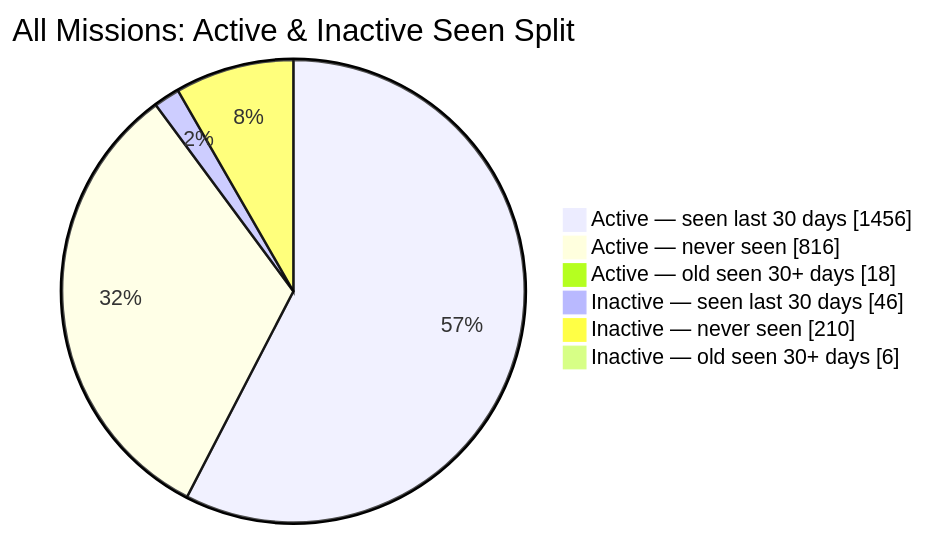
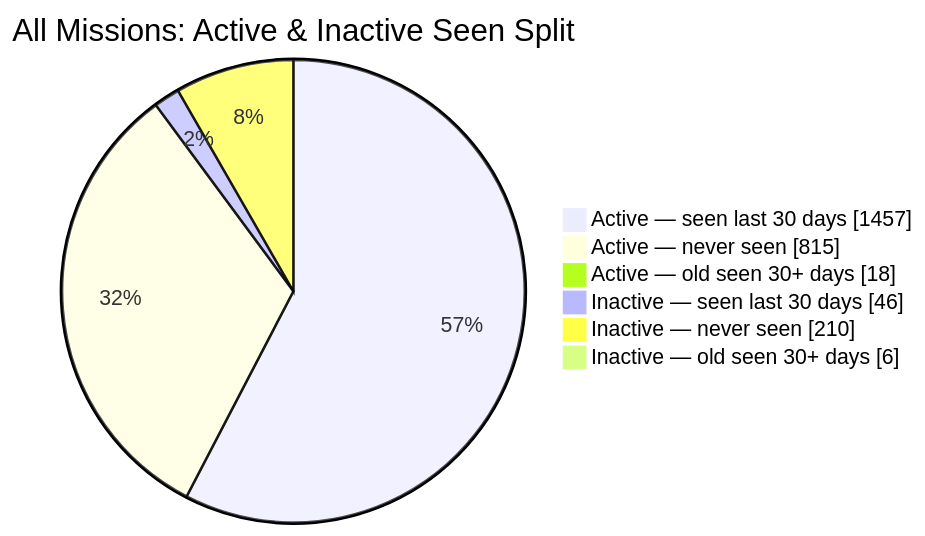
One commit to MeldkamerspelGameTeam/active-missions changed the second of 2 diagrams in README.md. Above: the diagram before and after it, drawn with Mermaid. The commit also changed other lines of this file and 3 other files, not shown here.

````diff
--- a/README.md
+++ b/README.md
@@ -44,10 +44,10 @@
 ```mermaid
 pie showData
     title All Missions: Active & Inactive Seen Split
-    "Active — seen last 30 days" : 1456
-    "Active — never seen" : 816
+    "Active — seen last 30 days" : 1457
+    "Active — never seen" : 815
     "Active — old seen 30+ days" : 18
     "Inactive — seen last 30 days" : 46
     "Inactive — never seen" : 210
     "Inactive — old seen 30+ days" : 6
 ```
````
